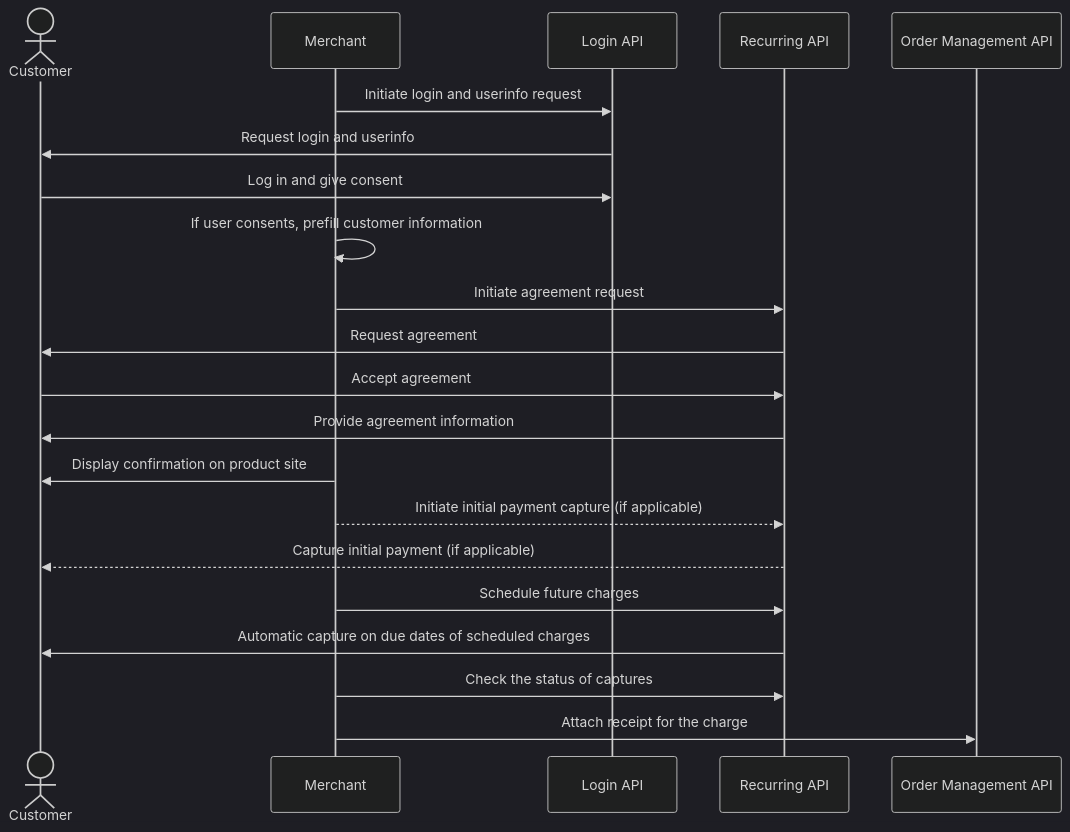
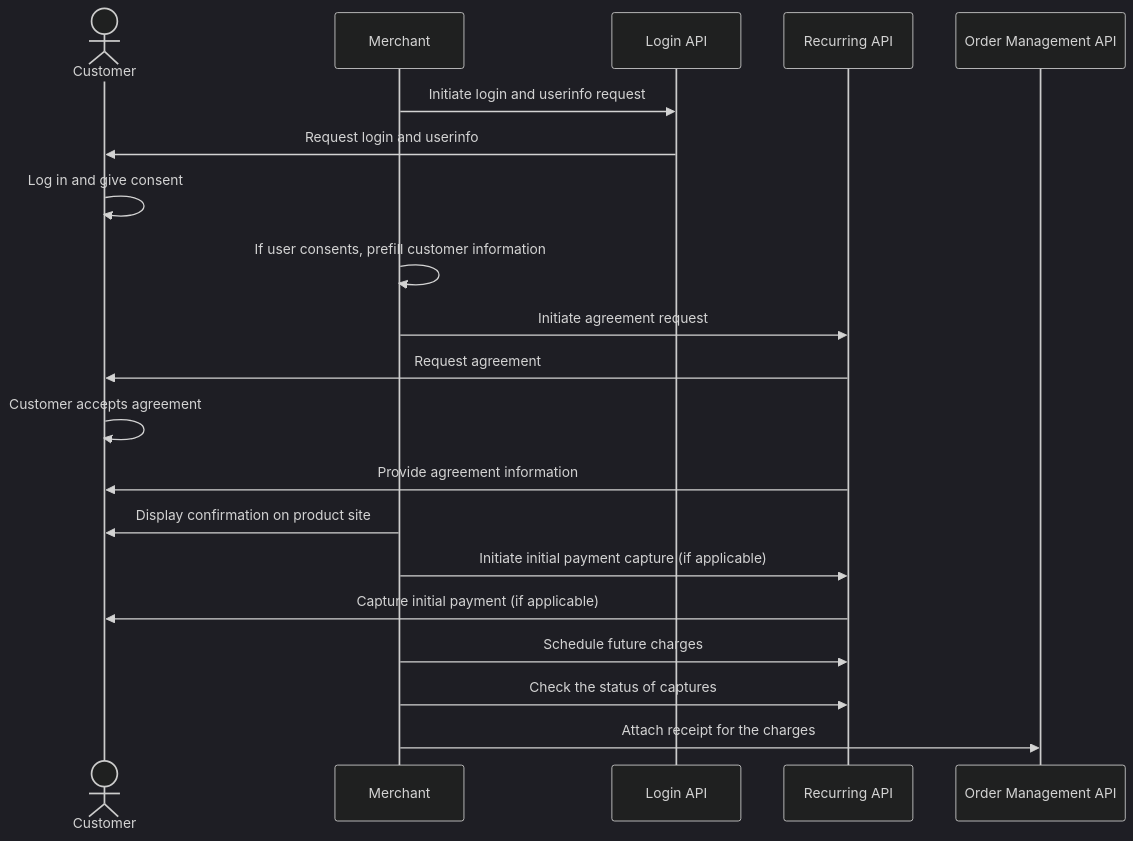
Before and after one commit to vippsas/vipps-solutions: the diagram in recurring-and-login/README.md, drawn with Mermaid (dark theme). The commit also changed 17 other files, not shown here.

Commit message:
Updates for customer approving and consenting in sequence diagrams

````diff
--- a/recurring-and-login/README.md
+++ b/recurring-and-login/README.md
@@ -234,24 +234,23 @@
 ``` mermaid
 sequenceDiagram
     actor C as Customer
     participant M as Merchant
     participant Login as Login API
     participant Recurring as Recurring API
     participant ordermanagement as Order Management API
 
     M->>Login: Initiate login and userinfo request
     Login->>C: Request login and userinfo
-    C->>Login: Log in and give consent
+    C->>C: Log in and give consent
     M->>M: If user consents, prefill customer information
     M->>Recurring: Initiate agreement request
     Recurring->>C: Request agreement
-    C->>Recurring: Accept agreement
+    C->>C: Customer accepts agreement
     Recurring->>C: Provide agreement information
     M->>C: Display confirmation on product site
-    M-->>Recurring: Initiate initial payment capture (if applicable)
-    Recurring-->>C: Capture initial payment (if applicable)
+    M->>Recurring: Initiate initial payment capture (if applicable)
+    Recurring->>C: Capture initial payment (if applicable)
     M->>Recurring: Schedule future charges
-    Recurring->>C: Automatic capture on due dates of scheduled charges
     M->>Recurring: Check the status of captures
-    M->> ordermanagement: Attach receipt for the charge
+    M->> ordermanagement: Attach receipt for the charges
 ```
````
